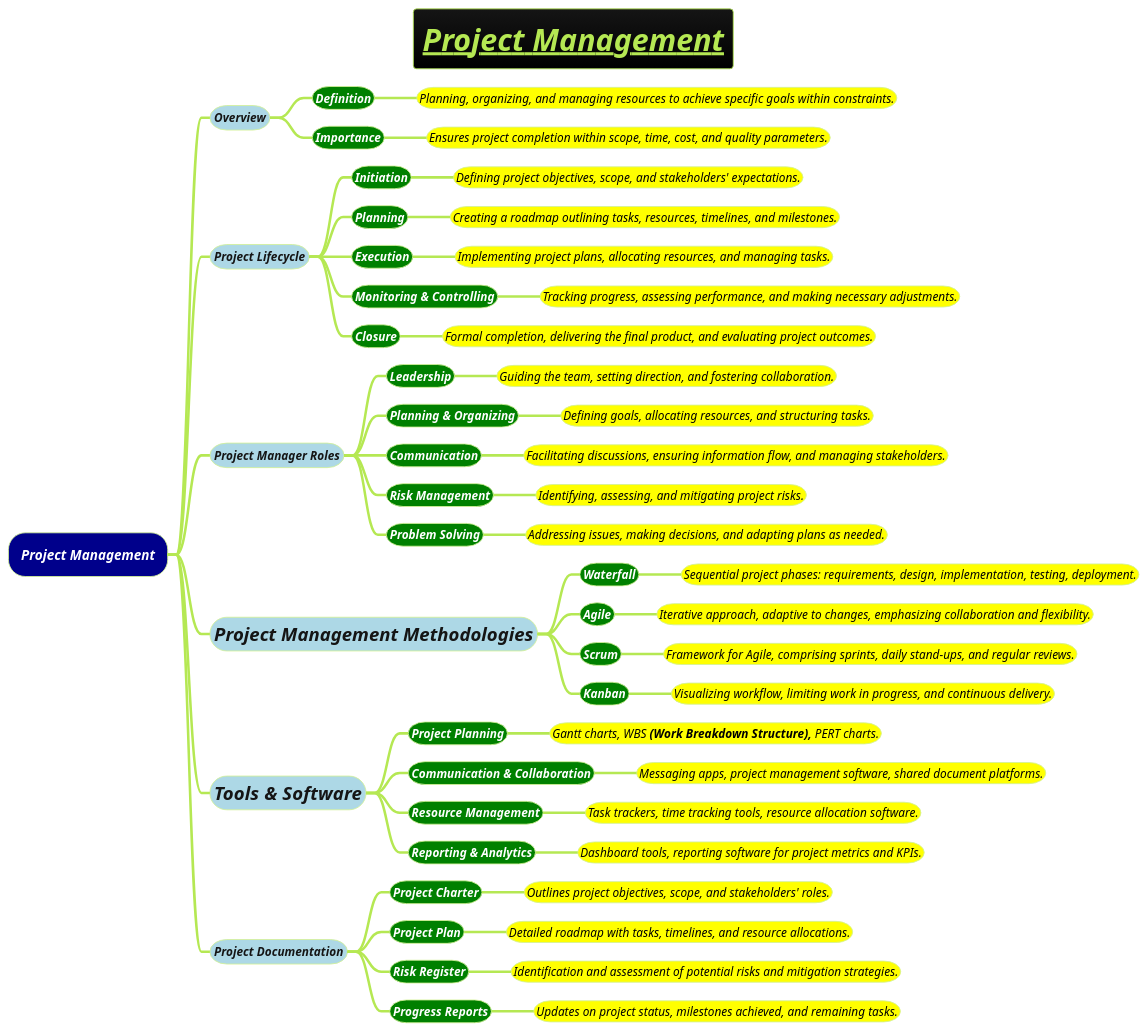
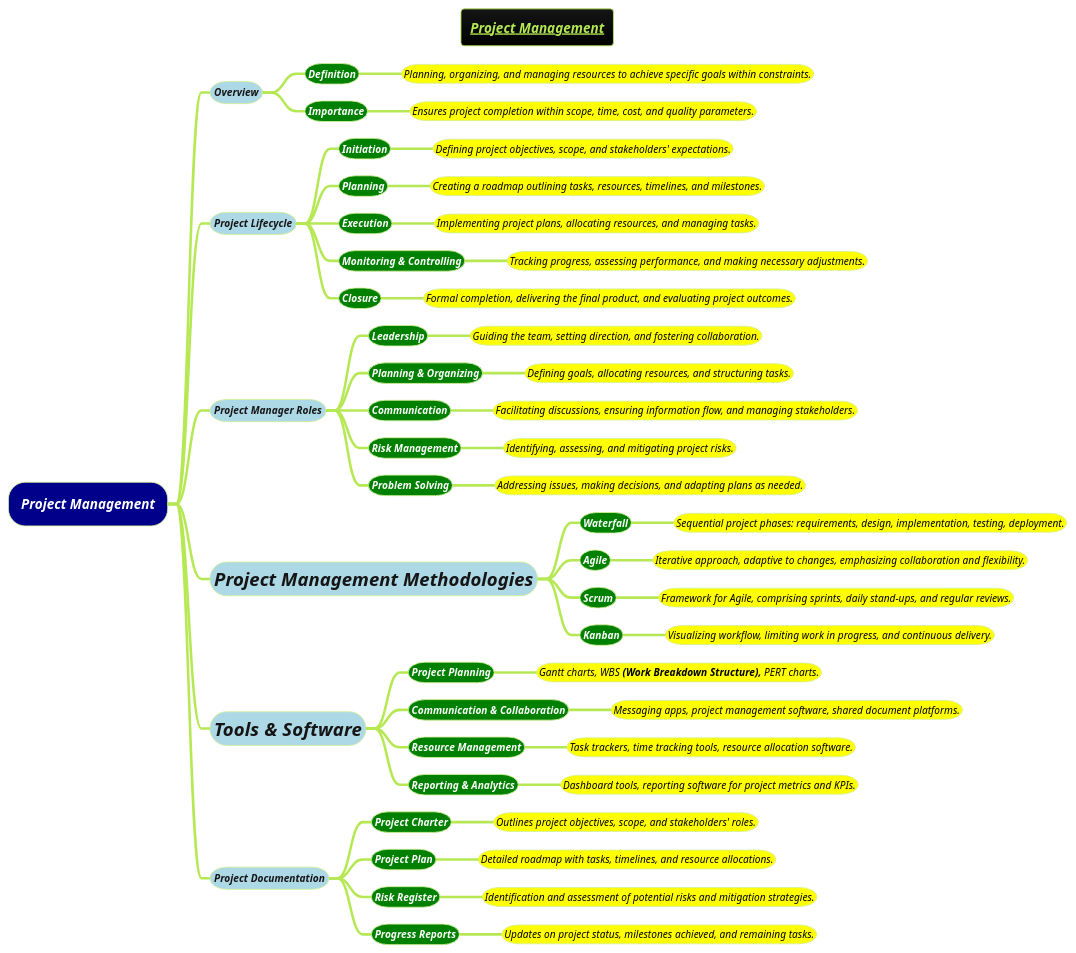
Before and after one commit to MehmoodHashmi/Documentation-as-Code-DaC: the diagram in docs/1-business-analyst/project-management/project-management.puml, drawn with PlantUML. The commit also changed 19 other files, not shown here.

```diff
--- a/docs/1-business-analyst/project-management/project-management.puml
+++ b/docs/1-business-analyst/project-management/project-management.puml
@@ -1,60 +1,60 @@
 @startmindmap
-title =<i><b><u>Project Management
+title =<i><b><u><size:12>Project Management
 !theme hacker
 
 *[#darkblue] <i><color #white>Project Management
-**[#lightblue] <i><color #blac><size:14>Overview
-***[#green] <b><i><color #white><size:14>Definition
-****[#yellow] <i><color #black><size:14>Planning, organizing, and managing resources to achieve specific goals within constraints.
-***[#green] <b><i><color #white><size:14>Importance
-****[#yellow] <i><color #black><size:14>Ensures project completion within scope, time, cost, and quality parameters.
-**[#lightblue] <i><color #blac><size:14>Project Lifecycle
-***[#green] <b><i><color #white><size:14>Initiation
-****[#yellow] <i><color #black><size:14>Defining project objectives, scope, and stakeholders' expectations.
-***[#green] <b><i><color #white><size:14>Planning
-****[#yellow] <i><color #black><size:14>Creating a roadmap outlining tasks, resources, timelines, and milestones.
-***[#green] <b><i><color #white><size:14>Execution
-****[#yellow] <i><color #black><size:14>Implementing project plans, allocating resources, and managing tasks.
-***[#green] <b><i><color #white><size:14>Monitoring & Controlling
-****[#yellow] <i><color #black><size:14>Tracking progress, assessing performance, and making necessary adjustments.
-***[#green] <b><i><color #white><size:14>Closure
-****[#yellow] <i><color #black><size:14>Formal completion, delivering the final product, and evaluating project outcomes.
-**[#lightblue] <i><color #blac><size:14>Project Manager Roles
-***[#green] <b><i><color #white><size:14>Leadership
-****[#yellow] <i><color #black><size:14>Guiding the team, setting direction, and fostering collaboration.
-***[#green] <b><i><color #white><size:14>Planning & Organizing
-****[#yellow] <i><color #black><size:14>Defining goals, allocating resources, and structuring tasks.
-***[#green] <b><i><color #white><size:14>Communication
-****[#yellow] <i><color #black><size:14>Facilitating discussions, ensuring information flow, and managing stakeholders.
-***[#green] <b><i><color #white><size:14>Risk Management
-****[#yellow] <i><color #black><size:14>Identifying, assessing, and mitigating project risks.
-***[#green] <b><i><color #white><size:14>Problem Solving
-****[#yellow] <i><color #black><size:14>Addressing issues, making decisions, and adapting plans as needed.
+**[#lightblue] <i><color #blac><size:12>Overview
+***[#green] <b><i><color #white><size:12>Definition
+****[#yellow] <i><color #black><size:12>Planning, organizing, and managing resources to achieve specific goals within constraints.
+***[#green] <b><i><color #white><size:12>Importance
+****[#yellow] <i><color #black><size:12>Ensures project completion within scope, time, cost, and quality parameters.
+**[#lightblue] <i><color #blac><size:12>Project Lifecycle
+***[#green] <b><i><color #white><size:12>Initiation
+****[#yellow] <i><color #black><size:12>Defining project objectives, scope, and stakeholders' expectations.
+***[#green] <b><i><color #white><size:12>Planning
+****[#yellow] <i><color #black><size:12>Creating a roadmap outlining tasks, resources, timelines, and milestones.
+***[#green] <b><i><color #white><size:12>Execution
+****[#yellow] <i><color #black><size:12>Implementing project plans, allocating resources, and managing tasks.
+***[#green] <b><i><color #white><size:12>Monitoring & Controlling
+****[#yellow] <i><color #black><size:12>Tracking progress, assessing performance, and making necessary adjustments.
+***[#green] <b><i><color #white><size:12>Closure
+****[#yellow] <i><color #black><size:12>Formal completion, delivering the final product, and evaluating project outcomes.
+**[#lightblue] <i><color #blac><size:12>Project Manager Roles
+***[#green] <b><i><color #white><size:12>Leadership
+****[#yellow] <i><color #black><size:12>Guiding the team, setting direction, and fostering collaboration.
+***[#green] <b><i><color #white><size:12>Planning & Organizing
+****[#yellow] <i><color #black><size:12>Defining goals, allocating resources, and structuring tasks.
+***[#green] <b><i><color #white><size:12>Communication
+****[#yellow] <i><color #black><size:12>Facilitating discussions, ensuring information flow, and managing stakeholders.
+***[#green] <b><i><color #white><size:12>Risk Management
+****[#yellow] <i><color #black><size:12>Identifying, assessing, and mitigating project risks.
+***[#green] <b><i><color #white><size:12>Problem Solving
+****[#yellow] <i><color #black><size:12>Addressing issues, making decisions, and adapting plans as needed.
 **[#lightblue] <i><color #blac><size:22>Project Management Methodologies
-***[#green] <b><i><color #white><size:14>Waterfall
-****[#yellow] <i><color #black><size:14>Sequential project phases: requirements, design, implementation, testing, deployment.
-***[#green] <b><i><color #white><size:14>Agile
-****[#yellow] <i><color #black><size:14>Iterative approach, adaptive to changes, emphasizing collaboration and flexibility.
-***[#green] <b><i><color #white><size:14>Scrum
-****[#yellow] <i><color #black><size:14>Framework for Agile, comprising sprints, daily stand-ups, and regular reviews.
-***[#green] <b><i><color #white><size:14>Kanban
-****[#yellow] <i><color #black><size:14>Visualizing workflow, limiting work in progress, and continuous delivery.
+***[#green] <b><i><color #white><size:12>Waterfall
+****[#yellow] <i><color #black><size:12>Sequential project phases: requirements, design, implementation, testing, deployment.
+***[#green] <b><i><color #white><size:12>Agile
+****[#yellow] <i><color #black><size:12>Iterative approach, adaptive to changes, emphasizing collaboration and flexibility.
+***[#green] <b><i><color #white><size:12>Scrum
+****[#yellow] <i><color #black><size:12>Framework for Agile, comprising sprints, daily stand-ups, and regular reviews.
+***[#green] <b><i><color #white><size:12>Kanban
+****[#yellow] <i><color #black><size:12>Visualizing workflow, limiting work in progress, and continuous delivery.
 **[#lightblue] <i><color #blac><size:22>Tools & Software
-***[#green] <b><i><color #white><size:14>Project Planning
-****[#yellow] <i><color #black><size:14>Gantt charts, WBS **(Work Breakdown Structure),** PERT charts.
-***[#green] <b><i><color #white><size:14>Communication & Collaboration
-****[#yellow] <i><color #black><size:14>Messaging apps, project management software, shared document platforms.
-***[#green] <b><i><color #white><size:14>Resource Management
-****[#yellow] <i><color #black><size:14>Task trackers, time tracking tools, resource allocation software.
-***[#green] <b><i><color #white><size:14>Reporting & Analytics
-****[#yellow] <i><color #black><size:14>Dashboard tools, reporting software for project metrics and KPIs.
-**[#lightblue] <i><color #blac><size:14>Project Documentation
-***[#green] <b><i><color #white><size:14>Project Charter
-****[#yellow] <i><color #black><size:14>Outlines project objectives, scope, and stakeholders' roles.
-***[#green] <b><i><color #white><size:14>Project Plan
-****[#yellow] <i><color #black><size:14>Detailed roadmap with tasks, timelines, and resource allocations.
-***[#green] <b><i><color #white><size:14>Risk Register
-****[#yellow] <i><color #black><size:14>Identification and assessment of potential risks and mitigation strategies.
-***[#green] <b><i><color #white><size:14>Progress Reports
-****[#yellow] <i><color #black><size:14>Updates on project status, milestones achieved, and remaining tasks.
+***[#green] <b><i><color #white><size:12>Project Planning
+****[#yellow] <i><color #black><size:12>Gantt charts, WBS **(Work Breakdown Structure),** PERT charts.
+***[#green] <b><i><color #white><size:12>Communication & Collaboration
+****[#yellow] <i><color #black><size:12>Messaging apps, project management software, shared document platforms.
+***[#green] <b><i><color #white><size:12>Resource Management
+****[#yellow] <i><color #black><size:12>Task trackers, time tracking tools, resource allocation software.
+***[#green] <b><i><color #white><size:12>Reporting & Analytics
+****[#yellow] <i><color #black><size:12>Dashboard tools, reporting software for project metrics and KPIs.
+**[#lightblue] <i><color #blac><size:12>Project Documentation
+***[#green] <b><i><color #white><size:12>Project Charter
+****[#yellow] <i><color #black><size:12>Outlines project objectives, scope, and stakeholders' roles.
+***[#green] <b><i><color #white><size:12>Project Plan
+****[#yellow] <i><color #black><size:12>Detailed roadmap with tasks, timelines, and resource allocations.
+***[#green] <b><i><color #white><size:12>Risk Register
+****[#yellow] <i><color #black><size:12>Identification and assessment of potential risks and mitigation strategies.
+***[#green] <b><i><color #white><size:12>Progress Reports
+****[#yellow] <i><color #black><size:12>Updates on project status, milestones achieved, and remaining tasks.
 @endmindmap
```
